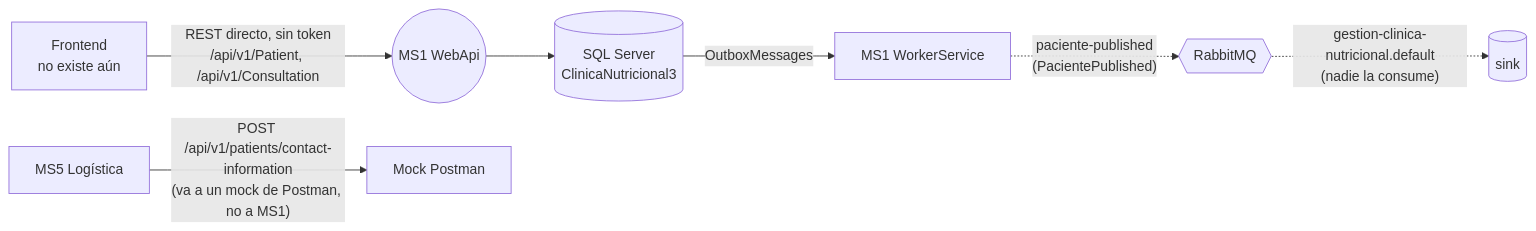
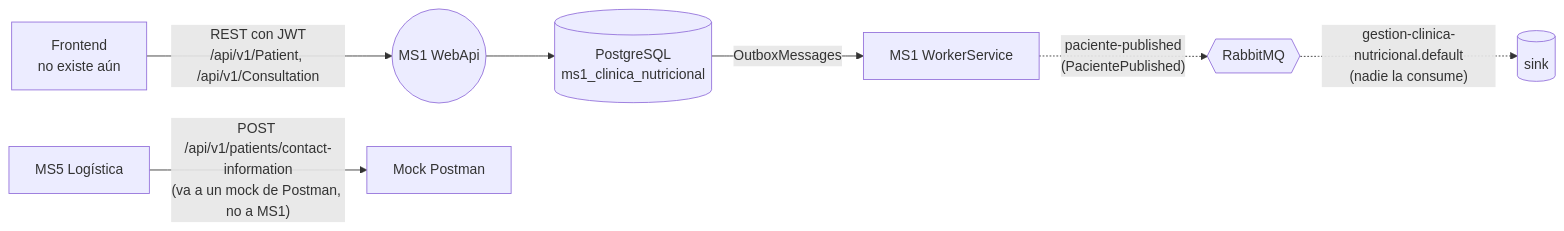
The diagram in services/ms1-clinic/README.md (Nur-tricenter/knowledge), drawn with Mermaid before and after one commit. The commit also changed other lines of this file and 14 other files, not shown here.

````diff
--- a/services/ms1-clinic/README.md
+++ b/services/ms1-clinic/README.md
@@ -34,9 +34,9 @@
 ```mermaid
 flowchart LR
-  FE[Frontend<br/>no existe aún] -- "REST directo, sin token<br/>/api/v1/Patient, /api/v1/Consultation" --> API((MS1 WebApi))
-  API --> DB[(SQL Server<br/>ClinicaNutricional3)]
+  FE[Frontend<br/>no existe aún] -- "REST con JWT<br/>/api/v1/Patient, /api/v1/Consultation" --> API((MS1 WebApi))
+  API --> DB[(PostgreSQL<br/>ms1_clinica_nutricional)]
   DB -- "OutboxMessages" --> W[MS1 WorkerService]
   W -. "paciente-published<br/>(PacientePublished)" .-> X{{RabbitMQ}}
   X -. "gestion-clinica-nutricional.default<br/>(nadie la consume)" .-> SINK[(sink)]
   MS5[MS5 Logística] -- "POST /api/v1/patients/contact-information<br/>(va a un mock de Postman, no a MS1)" --> MOCK[Mock Postman]
 ```
````
